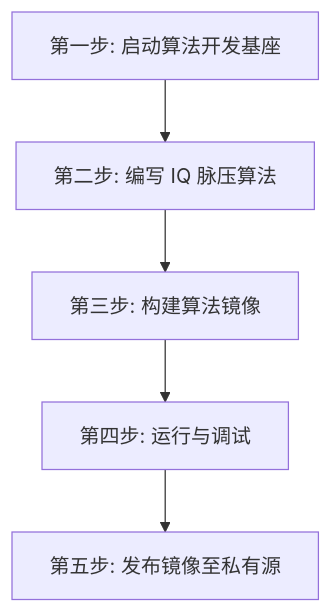
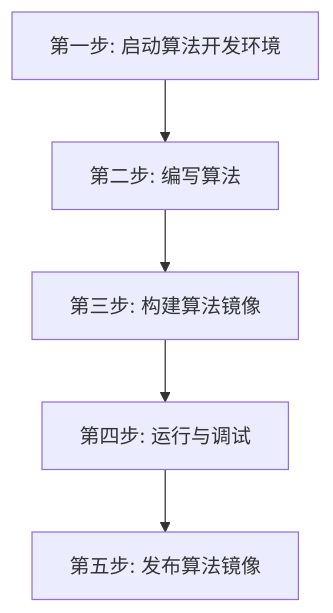
The diagram in workspace/examples/algorithm/README.md (uestcradar/uestcradar), drawn with Mermaid before and after one commit. The commit also changed other lines of this file and 27 other files, not shown here.

````diff
--- a/workspace/examples/algorithm/README.md
+++ b/workspace/examples/algorithm/README.md
@@ -11,7 +8,7 @@
 ```mermaid
 graph TD
-    A[第一步: 启动算法开发基座] --> B[第二步: 编写 IQ 脉压算法]
+    A[第一步: 启动算法开发环境] --> B[第二步: 编写算法]
     B --> C[第三步: 构建算法镜像]
     C --> D[第四步: 运行与调试]
-    D --> E[第五步: 发布镜像至私有源]
+    D --> E[第五步: 发布算法镜像]
 ```
````
